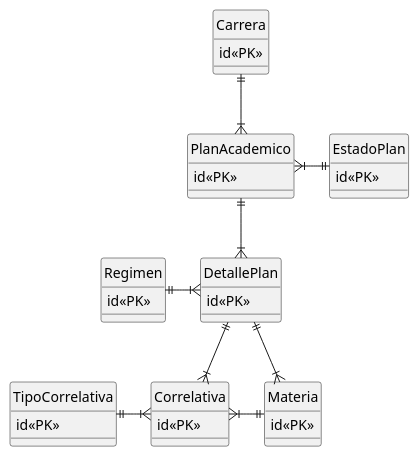
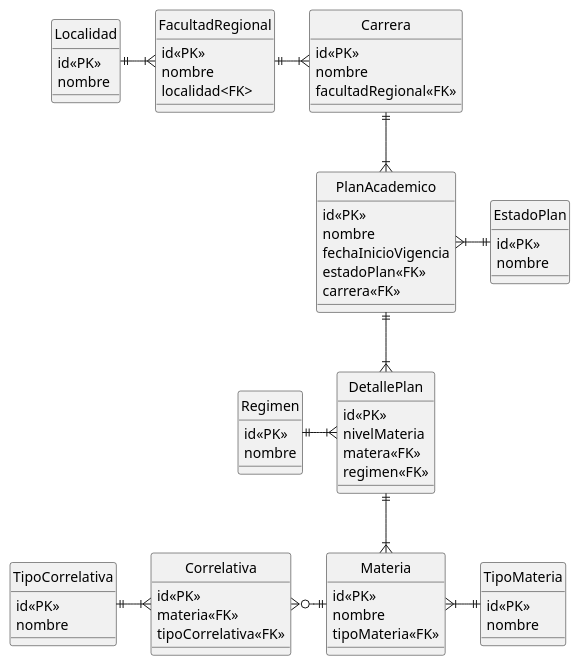
One commit to Medina-LisandroUTN/Sistema-Academico-2025 changed the diagram in PlanAcademico.puml. Above: the diagram before and after it, drawn with PlantUML. The commit also changed 1 other file, not shown here.

Commit message:
Actualizados los diagramas con sus atributos y relaciones

```diff
--- a/PlanAcademico.puml
+++ b/PlanAcademico.puml
@@ -1,47 +1,84 @@
 @startuml PlanAcademico
 hide circle
 
 entity PlanAcademico{
     id<<PK>>
+    nombre
+    fechaInicioVigencia
+    estadoPlan<<FK>>
+    carrera<<FK>>
 }
 
 entity DetallePlan{
     id<<PK>>
+    nivelMateria
+    matera<<FK>>
+    regimen<<FK>>
 }
 
 entity EstadoPlan{
     id<<PK>>
+    nombre
 }
 
 entity Materia{
     id<<PK>>
+    nombre
+    tipoMateria<<FK>>
 }
 
 entity Correlativa{
     id<<PK>>
+    materia<<FK>>
+    tipoCorrelativa<<FK>>
 }
 
 entity TipoCorrelativa{
     id<<PK>>
+    nombre
 }
 
 entity Carrera{
     id<<PK>>
+    nombre
+    facultadRegional<<FK>>
 }
 
 entity Regimen {
     id<<PK>>
+    nombre
+}
+
+entity TipoMateria {
+    id<<PK>>
+    nombre
+}
+
+entity FacultadRegional {
+    id<<PK>>
+    nombre
+    localidad<FK>
+}
+
+entity Localidad {
+    id<<PK>>
+    nombre  
 }
 
 Carrera ||-d-|{ PlanAcademico
 
-PlanAcademico ||--|{ DetallePlan
+PlanAcademico ||-d-|{ DetallePlan
 PlanAcademico }|-r-|| EstadoPlan
 
-DetallePlan ||-r-|{ Materia
-DetallePlan ||-d-|{ Correlativa
+DetallePlan ||-d-|{ Materia
 DetallePlan }|-l-|| Regimen
 
 Correlativa }|-l-|| TipoCorrelativa
-Correlativa }|-r-|| Materia
+Correlativa }o-r-|| Materia
+
+Materia }|-r-|| TipoMateria
+
+Carrera }|-l-|| FacultadRegional
+
+FacultadRegional }|-l-|| Localidad
 @enduml
```
